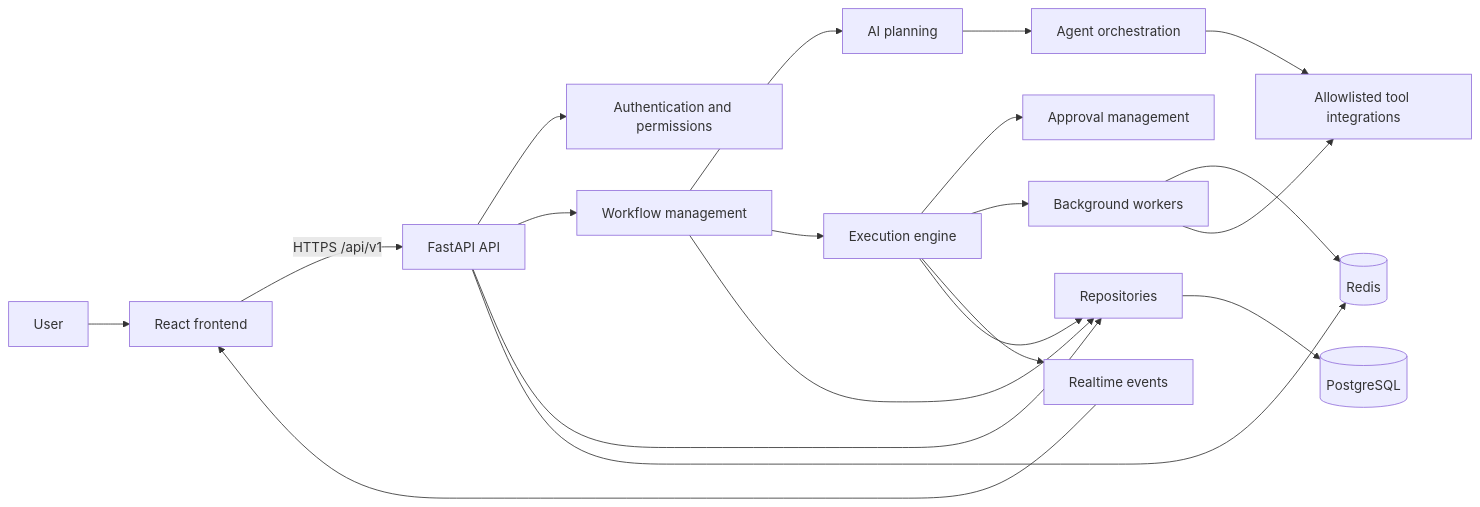
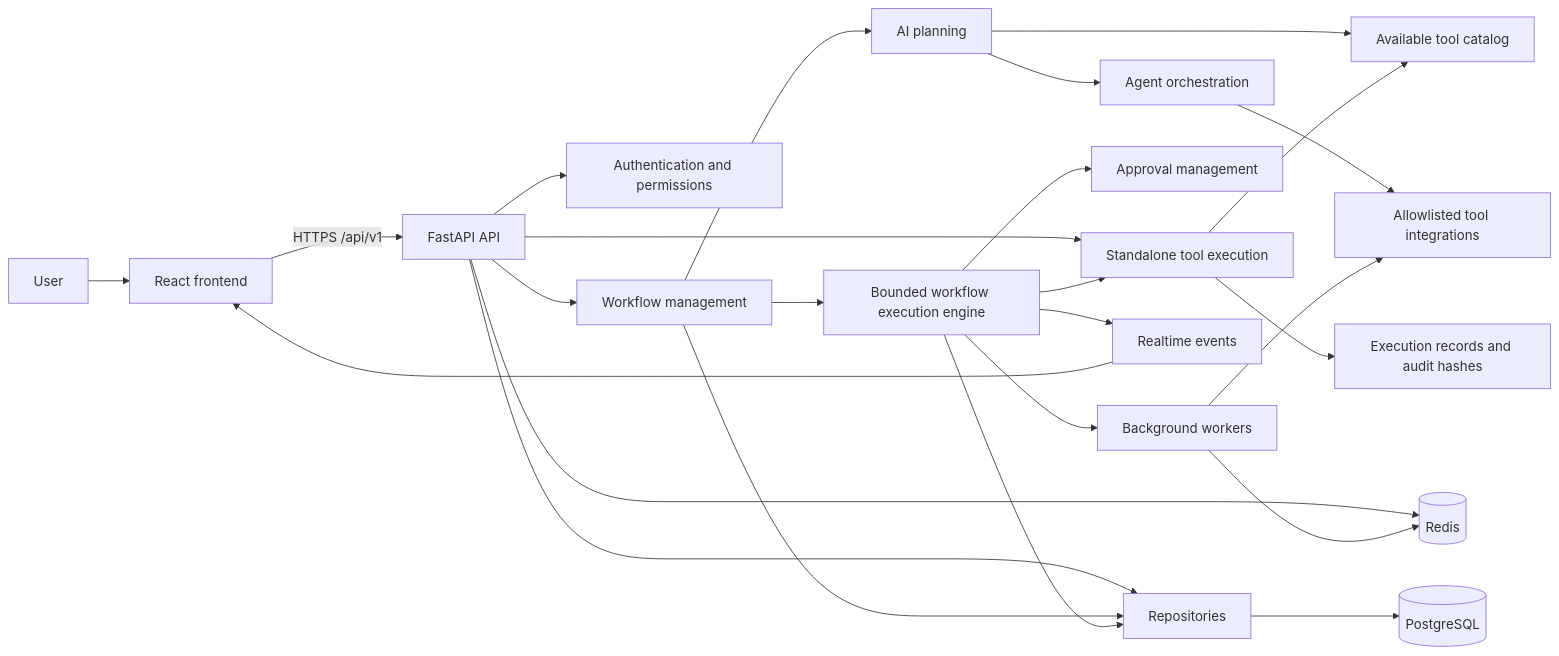
The diagram in docs/architecture.md (praveen0815/TaskFlow-AI), drawn with Mermaid before and after one commit. The commit also changed other lines of this file and 59 other files, not shown here.

Commit message:
feat: implement TaskFlow workflow management and execution

````diff
--- a/docs/architecture.md
+++ b/docs/architecture.md
@@ -25,22 +26,27 @@
 ```mermaid
 flowchart LR
     User[User] --> Web[React frontend]
     Web -->|HTTPS /api/v1| API[FastAPI API]
     API --> Auth[Authentication and permissions]
     API --> Workflow[Workflow management]
     Workflow --> Planner[AI planning]
+    Planner --> Registry[Available tool catalog]
+    API --> ToolExec[Standalone tool execution]
+    ToolExec --> Registry
+    ToolExec --> ToolAudit[Execution records and audit hashes]
     Planner --> Orchestrator[Agent orchestration]
     Orchestrator --> Tools[Allowlisted tool integrations]
-    Workflow --> Engine[Execution engine]
+    Workflow --> Engine[Bounded workflow execution engine]
+    Engine --> ToolExec
     Engine --> Approval[Approval management]
     Engine --> Workers[Background workers]
     Engine --> Events[Realtime events]
     API --> Repos[Repositories]
     Workflow --> Repos
     Engine --> Repos
     Repos --> PostgreSQL[(PostgreSQL)]
     API --> Redis[(Redis)]
     Workers --> Redis
     Workers --> Tools
     Events --> Web
 ```
````
